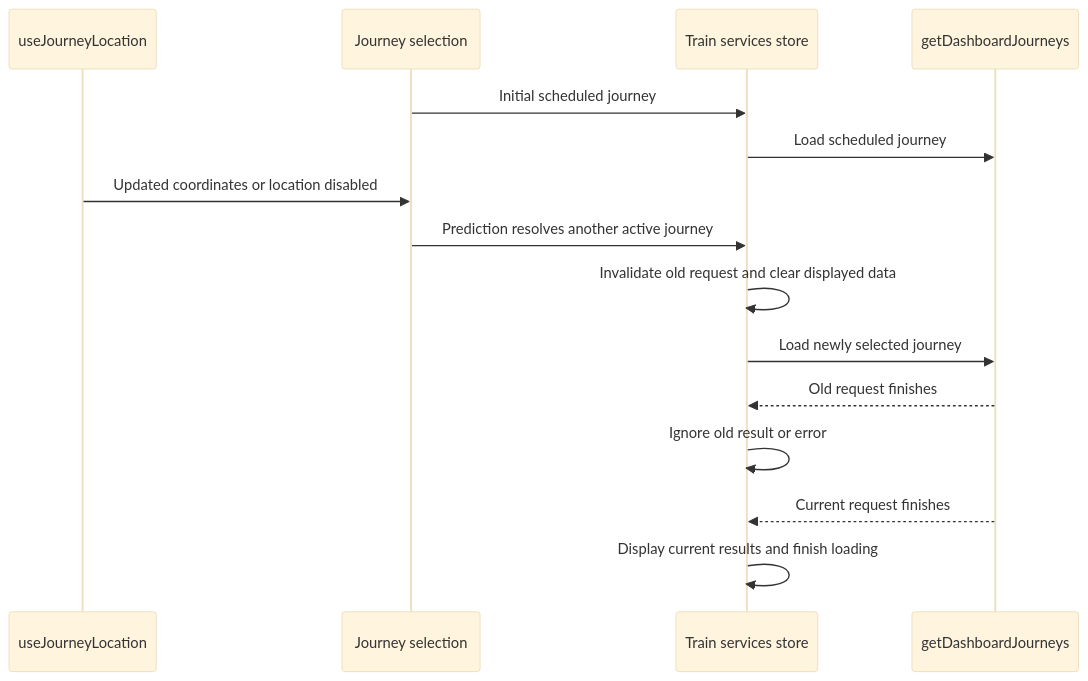
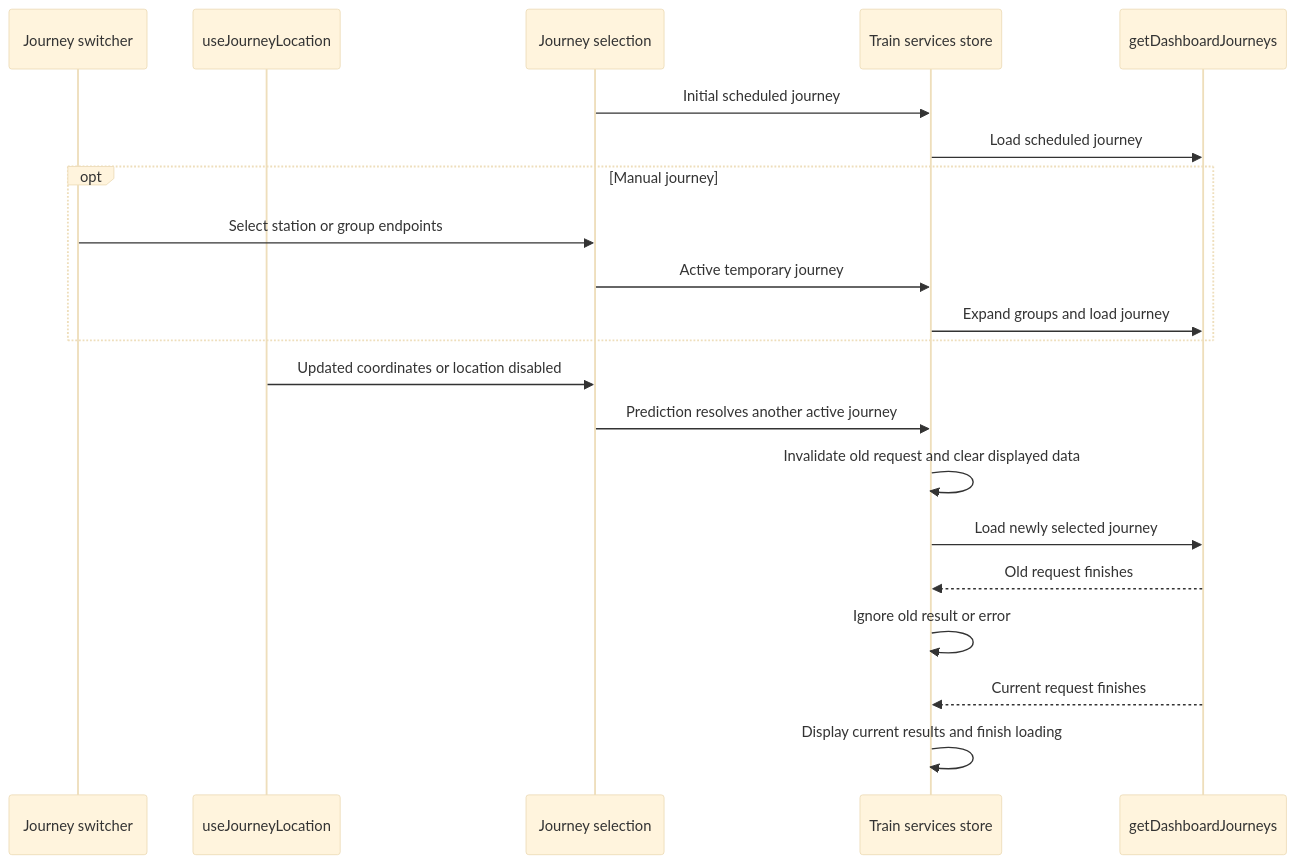
Before and after one commit to nd9600/trainDashboard: the fifth of 5 diagrams in docs/journey-planning.md, drawn with Mermaid (base theme). The commit also changed other lines of this file and 16 other files, not shown here.

````diff
--- a/docs/journey-planning.md
+++ b/docs/journey-planning.md
@@ -156,17 +159,23 @@
 ```mermaid
 sequenceDiagram
+    participant Switcher as Journey switcher
     participant Location as useJourneyLocation
     participant Selection as Journey selection
     participant Store as Train services store
     participant Planner as getDashboardJourneys
     Selection->>Store: Initial scheduled journey
     Store->>Planner: Load scheduled journey
+    opt Manual journey
+        Switcher->>Selection: Select station or group endpoints
+        Selection->>Store: Active temporary journey
+        Store->>Planner: Expand groups and load journey
+    end
     Location->>Selection: Updated coordinates or location disabled
     Selection->>Store: Prediction resolves another active journey
     Store->>Store: Invalidate old request and clear displayed data
     Store->>Planner: Load newly selected journey
     Planner-->>Store: Old request finishes
     Store->>Store: Ignore old result or error
     Planner-->>Store: Current request finishes
     Store->>Store: Display current results and finish loading
 ```
````
